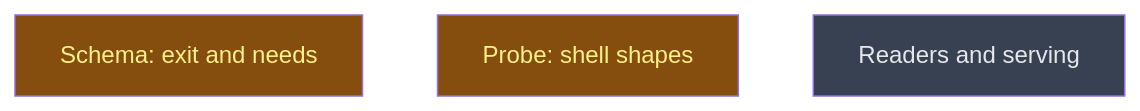
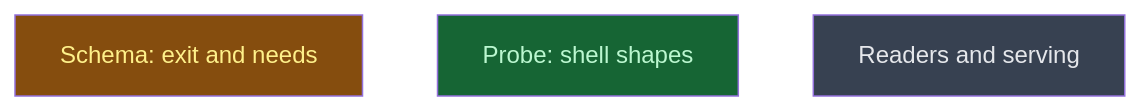
One commit to CrackingShells/Candler changed the diagram in __roadmap__/run_context/README.md. Above: the diagram before and after it, drawn with Mermaid. The commit also changed other lines of this file, not shown here.

Commit message:
rdm(evaluation): close the shell probe
Verified against its fixtures; merged as e58f091e. Its container-e2e
run waits for the integration branch to reach a pull request.

````diff
--- a/__roadmap__/run_context/README.md
+++ b/__roadmap__/run_context/README.md
@@ -22,11 +22,11 @@
 ```mermaid
 graph TD
     schema_exit_needs[Schema: exit and needs]:::inprogress
-    probe_shell_shapes[Probe: shell shapes]:::inprogress
+    probe_shell_shapes[Probe: shell shapes]:::done
     readers[Readers and serving]:::planned
     classDef done       fill:#166534,color:#bbf7d0
     classDef inprogress fill:#854d0e,color:#fef08a
     classDef planned    fill:#374151,color:#e5e7eb
     classDef amendment  fill:#1e3a5f,color:#bfdbfe
     classDef blocked    fill:#7f1d1d,color:#fecaca
 ```
````
